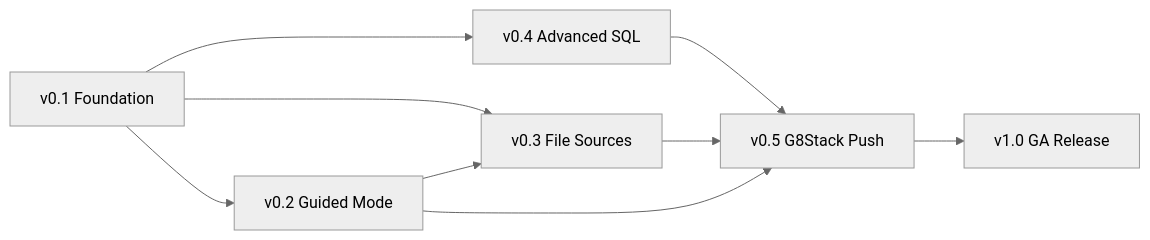
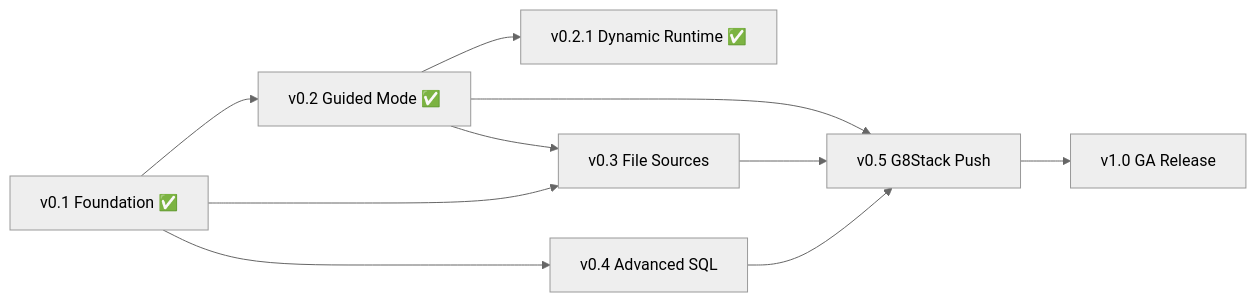
Before and after one commit to developers-hub-my/g8stack-connect: the third of 3 diagrams in docs/05-roadmap/01-implementation-roadmap.md, drawn with Mermaid (neutral theme). The commit also changed other lines of this file and 1 other file, not shown here.

````diff
--- a/docs/05-roadmap/01-implementation-roadmap.md
+++ b/docs/05-roadmap/01-implementation-roadmap.md
@@ -302,11 +340,12 @@
 ```mermaid
 graph LR
-    v01["v0.1 Foundation"] --> v02["v0.2 Guided Mode"]
+    v01["v0.1 Foundation ✅"] --> v02["v0.2 Guided Mode ✅"]
+    v02 --> v021["v0.2.1 Dynamic Runtime ✅"]
     v01 --> v03["v0.3 File Sources"]
     v01 --> v04["v0.4 Advanced SQL"]
     v02 --> v03
     v04 --> v05["v0.5 G8Stack Push"]
     v03 --> v05
     v02 --> v05
     v05 --> v10["v1.0 GA Release"]
 ```
````
